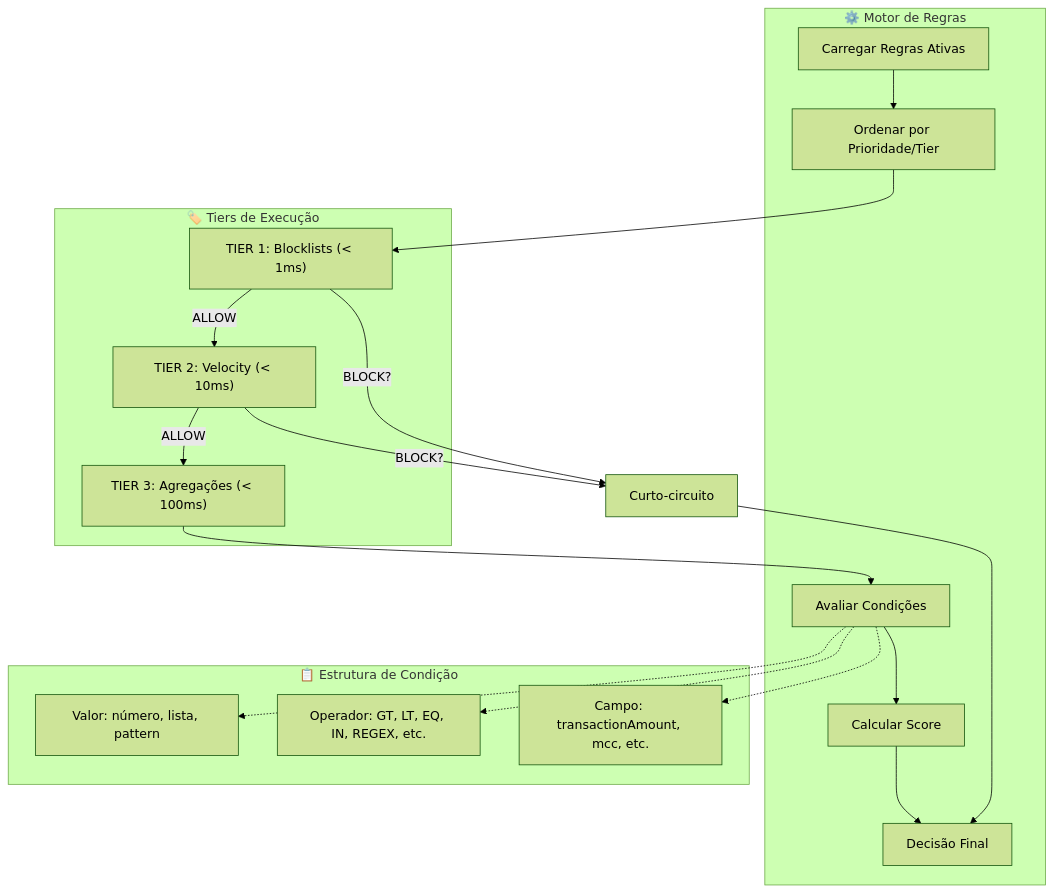
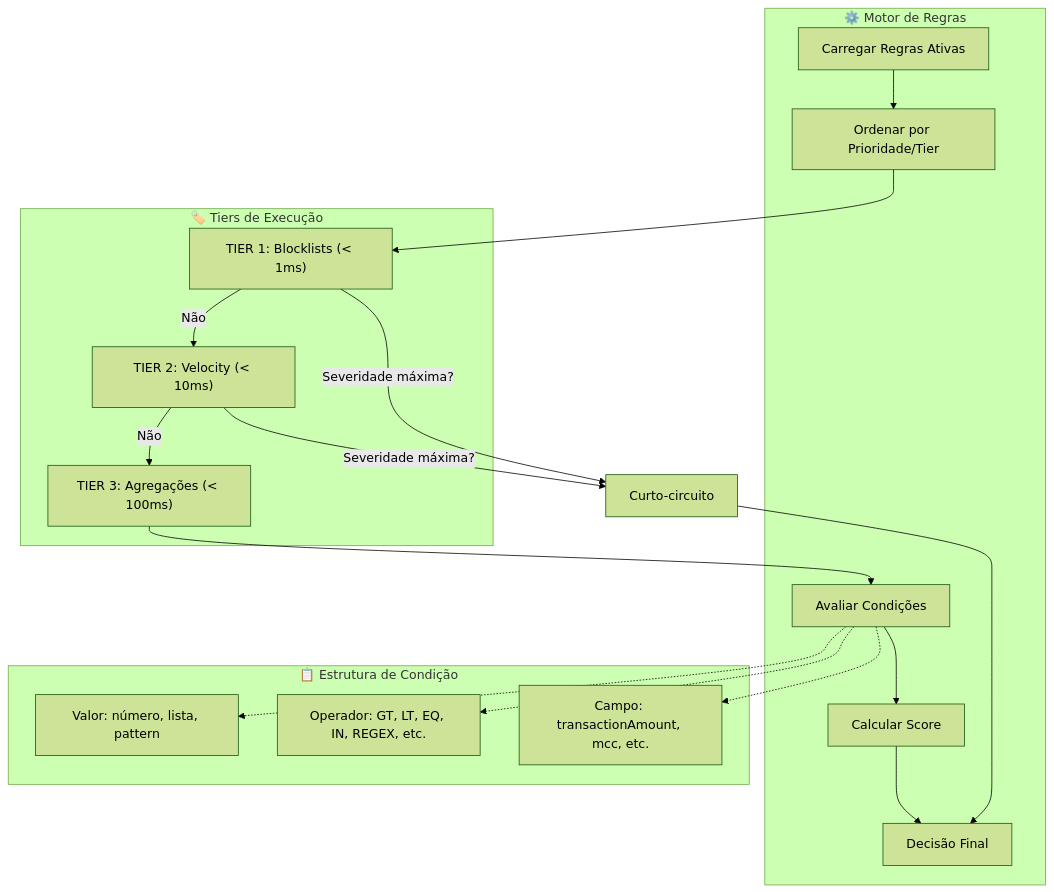
One commit to FELIPEACASTRO/RULEX changed diagram 25 of 44 in docs/DIAGRAMAS.md. Above: the diagram before and after it, drawn with Mermaid (forest theme). The commit also changed other lines of this file and 7 other files, not shown here.

Commit message:
docs(diagramas): normalize /api endpoints and de-hallucinate flows

````diff
--- a/docs/DIAGRAMAS.md
+++ b/docs/DIAGRAMAS.md
@@ -2625,37 +2691,37 @@
 ```mermaid
 flowchart TD
     subgraph Motor["⚙️ Motor de Regras"]
         Load[Carregar Regras Ativas]
         Sort[Ordenar por Prioridade/Tier]
         Eval[Avaliar Condições]
         Score[Calcular Score]
         Decision[Decisão Final]
     end
     
     subgraph Condição["📋 Estrutura de Condição"]
         Field[Campo: transactionAmount, mcc, etc.]
         Operator[Operador: GT, LT, EQ, IN, REGEX, etc.]
         Value[Valor: número, lista, pattern]
     end
     
     subgraph Tiers["🏷️ Tiers de Execução"]
         T1["TIER 1: Blocklists (< 1ms)"]
         T2["TIER 2: Velocity (< 10ms)"]
         T3["TIER 3: Agregações (< 100ms)"]
     end
     
     Load --> Sort
     Sort --> T1
-    T1 -->|BLOCK?| ShortCircuit[Curto-circuito]
-    T1 -->|ALLOW| T2
-    T2 -->|BLOCK?| ShortCircuit
-    T2 -->|ALLOW| T3
+    T1 -->|Severidade máxima?| ShortCircuit[Curto-circuito]
+    T1 -->|Não| T2
+    T2 -->|Severidade máxima?| ShortCircuit
+    T2 -->|Não| T3
     T3 --> Eval
     Eval --> Score
     Score --> Decision
     ShortCircuit --> Decision
     
     Eval -.-> Field
     Eval -.-> Operator
     Eval -.-> Value
 ```
````
